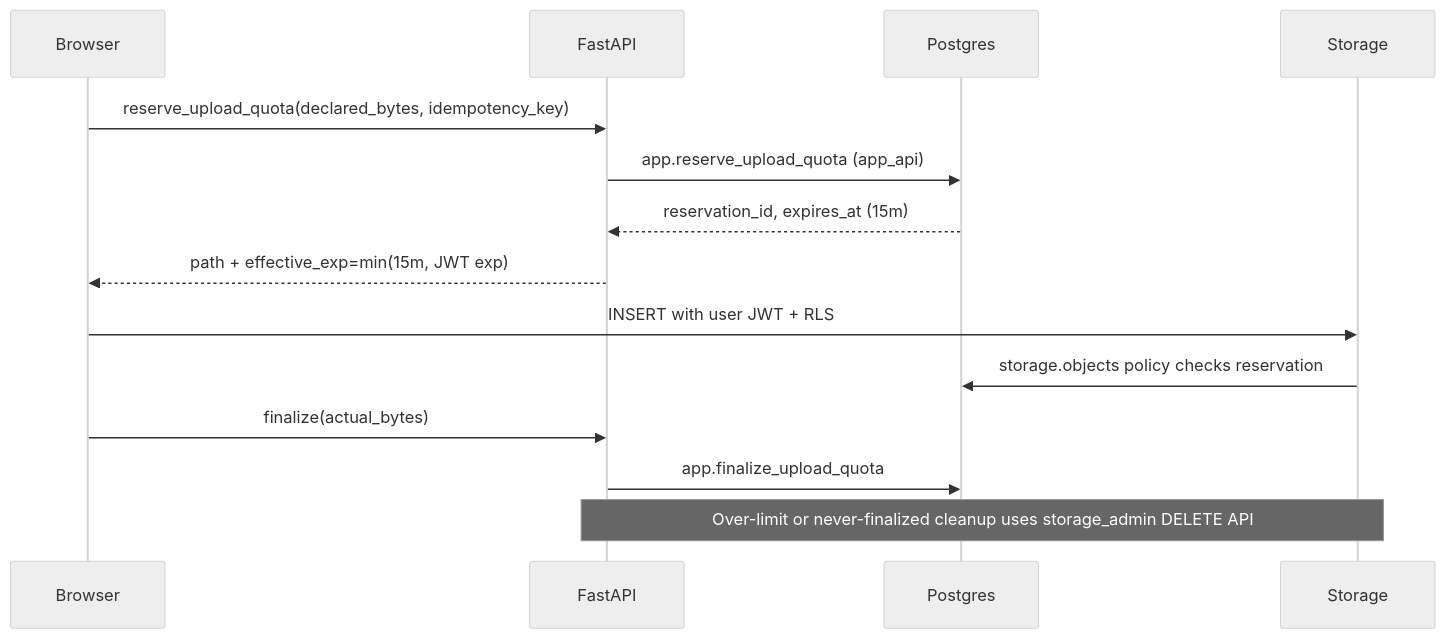
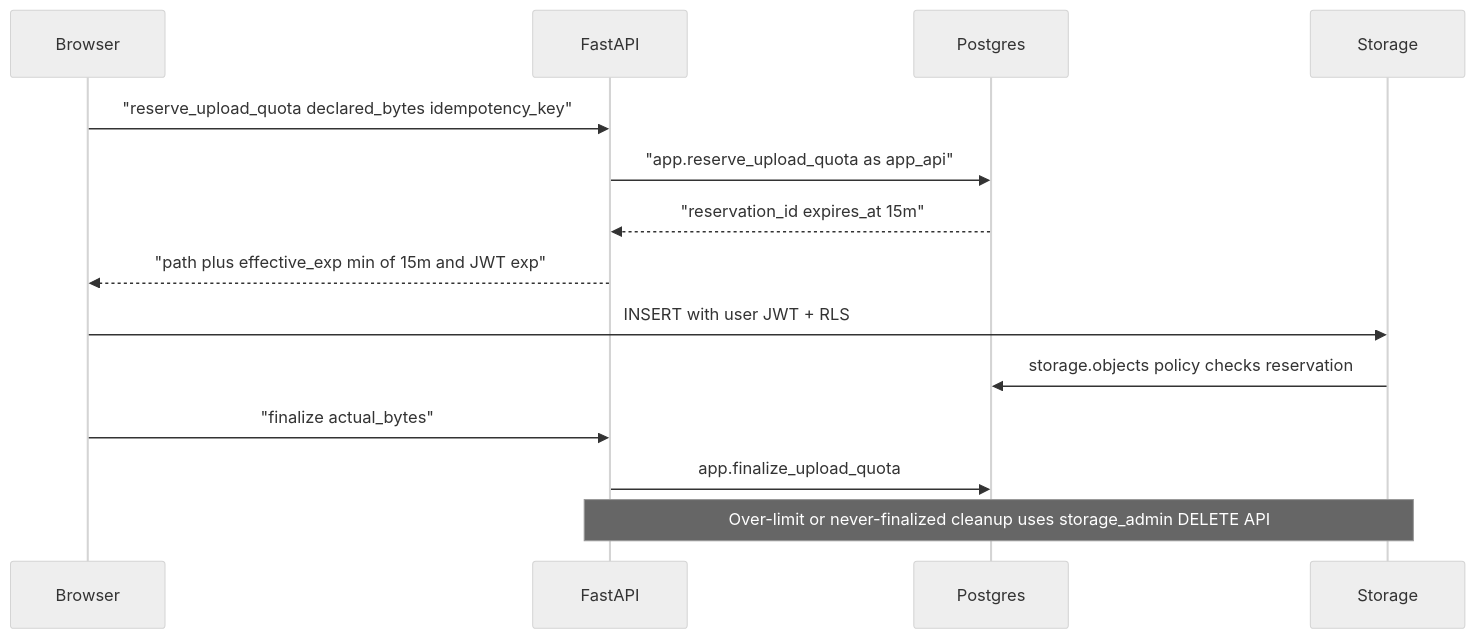
Before and after one commit to Nagdy8888/smart-rag: the diagram in docs/adr/ADR-upload-capability-and-storage-privilege.md, drawn with Mermaid (neutral theme). The commit also changed 83 other files, not shown here.

````diff
--- a/docs/adr/ADR-upload-capability-and-storage-privilege.md
+++ b/docs/adr/ADR-upload-capability-and-storage-privilege.md
@@ -54,16 +54,16 @@
 ```mermaid
 sequenceDiagram
   participant Browser
   participant FastAPI
   participant Postgres
   participant Storage
-  Browser->>FastAPI: reserve_upload_quota(declared_bytes, idempotency_key)
-  FastAPI->>Postgres: app.reserve_upload_quota (app_api)
-  Postgres-->>FastAPI: reservation_id, expires_at (15m)
-  FastAPI-->>Browser: path + effective_exp=min(15m, JWT exp)
+  Browser->>FastAPI: "reserve_upload_quota declared_bytes idempotency_key"
+  FastAPI->>Postgres: "app.reserve_upload_quota as app_api"
+  Postgres-->>FastAPI: "reservation_id expires_at 15m"
+  FastAPI-->>Browser: "path plus effective_exp min of 15m and JWT exp"
   Browser->>Storage: INSERT with user JWT + RLS
   Storage->>Postgres: storage.objects policy checks reservation
-  Browser->>FastAPI: finalize(actual_bytes)
+  Browser->>FastAPI: "finalize actual_bytes"
   FastAPI->>Postgres: app.finalize_upload_quota
   Note over FastAPI,Storage: Over-limit or never-finalized cleanup uses storage_admin DELETE API
 ```
````
